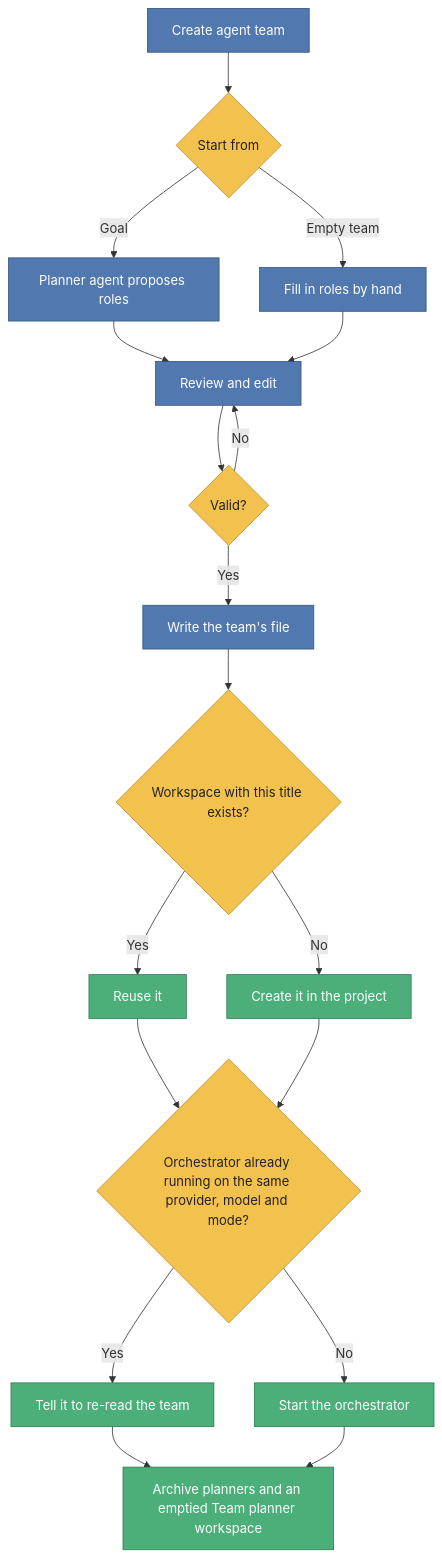
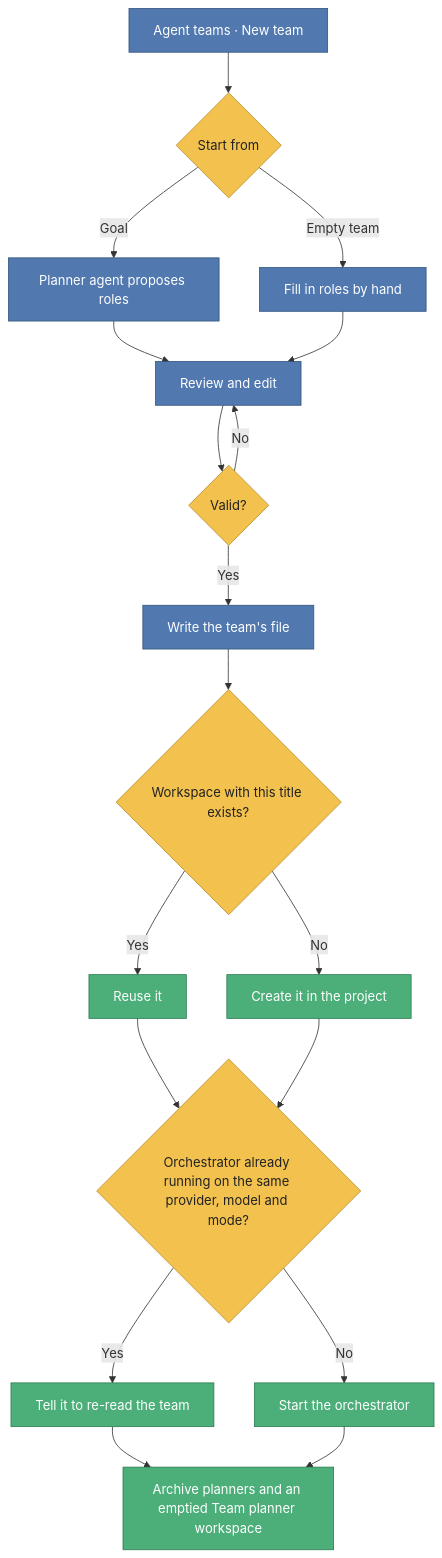
Before and after one commit to gyuha/paseo-agent-team: the diagram in README.md, drawn with Mermaid. The commit also changed other lines of this file and 12 other files, not shown here.

First line of the commit message:
List every project's teams on the Agent teams screen

````diff
--- a/README.md
+++ b/README.md
@@ -62,27 +62,27 @@
 ```mermaid
 flowchart TD
-  A[Create agent team] --> B{Start from}
+  A[Agent teams · New team] --> B{Start from}
   B -->|Goal| C[Planner agent proposes roles]
   B -->|Empty team| D[Fill in roles by hand]
   C --> E[Review and edit]
   D --> E
   E --> F{Valid?}
   F -->|No| E
   F -->|Yes| G[Write the team's file]
   G --> H{Workspace with this title exists?}
   H -->|Yes| I[Reuse it]
   H -->|No| J[Create it in the project]
   I --> K{Orchestrator already running on the same provider, model and mode?}
   J --> K
   K -->|Yes| L[Tell it to re-read the team]
   K -->|No| M[Start the orchestrator]
   L --> N[Archive planners and an emptied Team planner workspace]
   M --> N
 
   classDef action fill:#5179b0,stroke:#33557f,color:#ffffff
   classDef decision fill:#f2c14e,stroke:#b8902f,color:#222222
   classDef result fill:#4caf7a,stroke:#2f7d52,color:#ffffff
   class A,C,D,E,G action
   class B,F,H,K decision
   class I,J,L,M,N result
 ```
````
